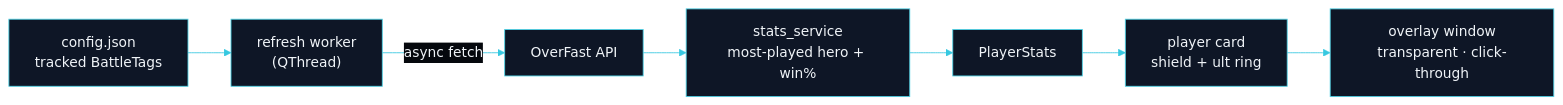
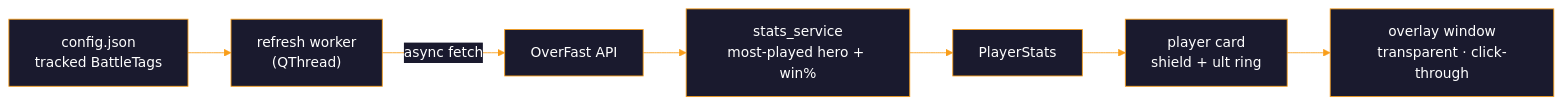
One commit to Nebula434/OWOverlay changed the diagram in README.md. Above: the diagram before and after it, drawn with Mermaid. The commit also changed other lines of this file, not shown here.

````diff
--- a/README.md
+++ b/README.md
@@ -200,10 +200,10 @@
 ```mermaid
-%%{init: {'theme':'base','themeVariables':{'primaryColor':'#0E1626','primaryTextColor':'#F0F4F8','primaryBorderColor':'#4DD2E6','lineColor':'#36C8E0','secondaryColor':'#05080D','tertiaryColor':'#0B1220','fontFamily':'Segoe UI'}}}%%
+%%{init: {'theme':'base','themeVariables':{'primaryColor':'#1A1A2E','primaryTextColor':'#FFFFFF','primaryBorderColor':'#F99E1A','lineColor':'#F99E1A','secondaryColor':'#1A1A2E','tertiaryColor':'#4D4E53','fontFamily':'Segoe UI'}}}%%
 flowchart LR
     CFG["config.json<br/>tracked BattleTags"] --> WK["refresh worker<br/>(QThread)"]
     WK -->|"async fetch"| API["OverFast API"]
     API --> SVC["stats_service<br/>most-played hero + win%"]
     SVC --> PS["PlayerStats"]
     PS --> CARD["player card<br/>shield + ult ring"]
     CARD --> WIN["overlay window<br/>transparent · click-through"]
 ```
````
